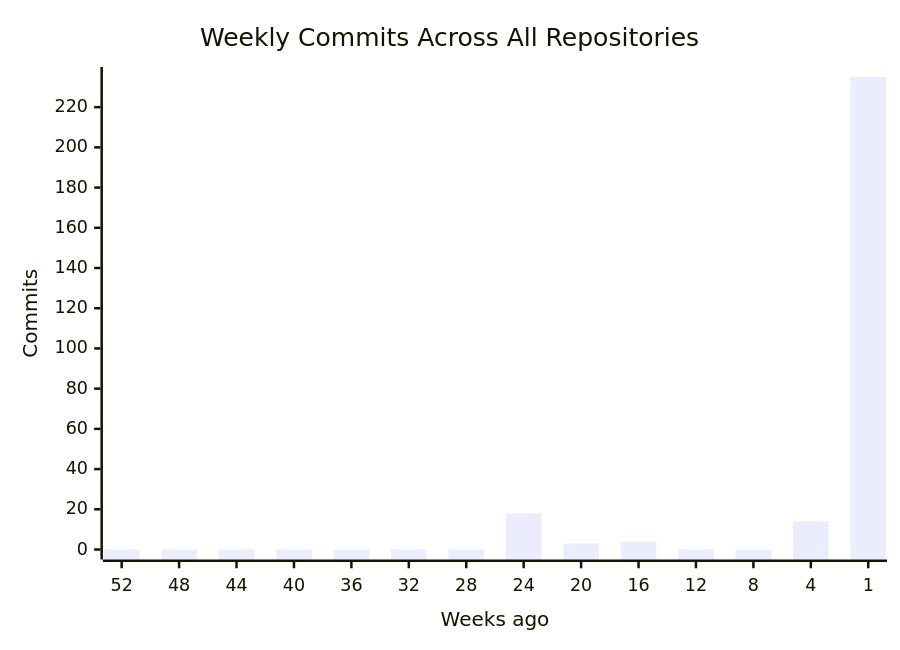
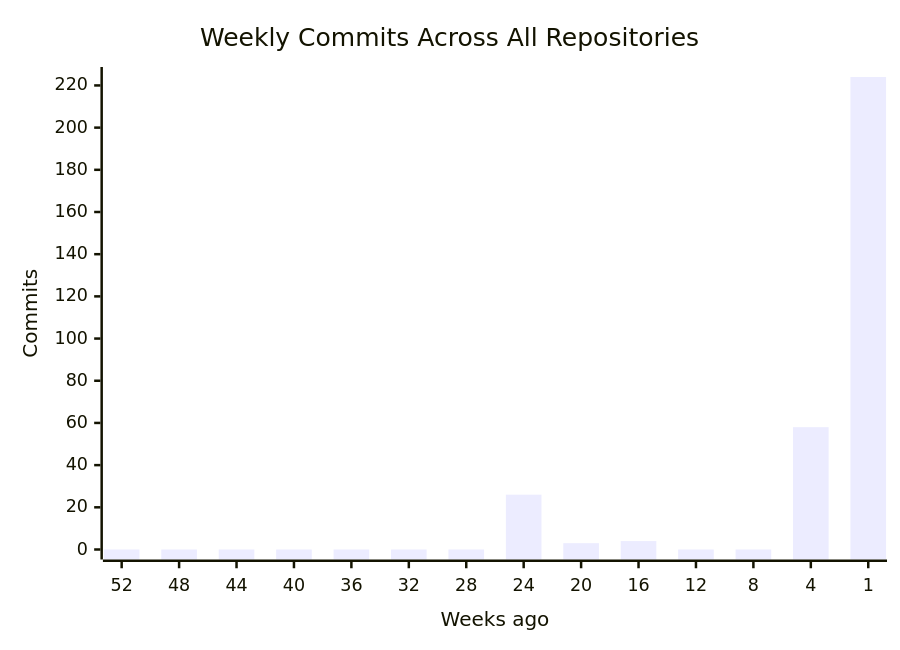
One commit to CSTH-Projects/.github changed the first of 4 diagrams in profile/README.md. Above: the diagram before and after it, drawn with Mermaid. The commit also changed other lines of this file, not shown here.

````diff
--- a/profile/README.md
+++ b/profile/README.md
@@ -16,7 +16,7 @@
 ```mermaid
 xychart-beta
     title "Weekly Commits Across All Repositories"
     x-axis "Weeks ago" [52, 48, 44, 40, 36, 32, 28, 24, 20, 16, 12, 8, 4, 1]
     y-axis "Commits"
-    bar [0, 0, 0, 0, 0, 0, 0, 18, 3, 4, 0, 0, 14, 235]
+    bar [0, 0, 0, 0, 0, 0, 0, 26, 3, 4, 0, 0, 58, 224]
 ```
````
